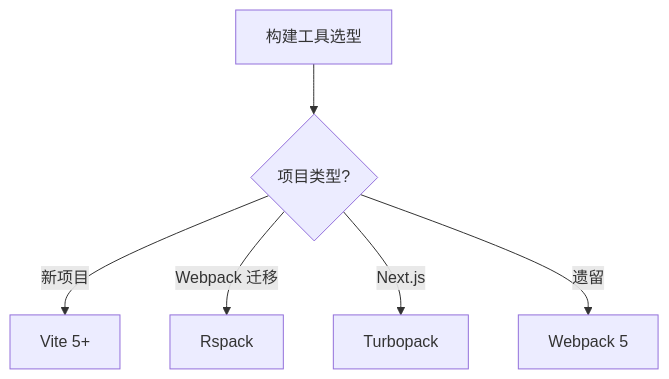
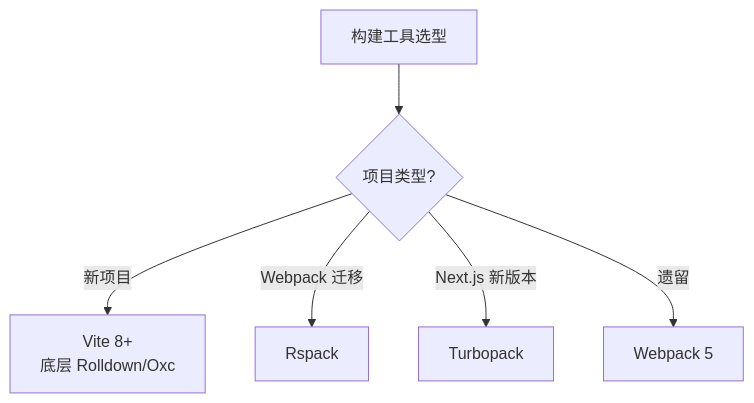
One commit to wb04307201/note changed the second of 2 diagrams in 05.frontend/04-engineering/README.md. Above: the diagram before and after it, drawn with Mermaid. The commit also changed other lines of this file and 1 other file, not shown here.

First line of the commit message:
fix(05.frontend): vite README 底层工具链断言更新至 Vite 8（Rolldown/Oxc）

````diff
--- a/05.frontend/04-engineering/README.md
+++ b/05.frontend/04-engineering/README.md
@@ -59,8 +59,8 @@
 ```mermaid
 flowchart TD
     A[构建工具选型] --> B{项目类型?}
-    B -->|新项目| C[Vite 5+]
+    B -->|新项目| C[Vite 8+<br/>底层 Rolldown/Oxc]
     B -->|Webpack 迁移| D[Rspack]
-    B -->|Next.js| E[Turbopack]
+    B -->|Next.js 新版本| E[Turbopack]
     B -->|遗留| F[Webpack 5]
 ```
````
